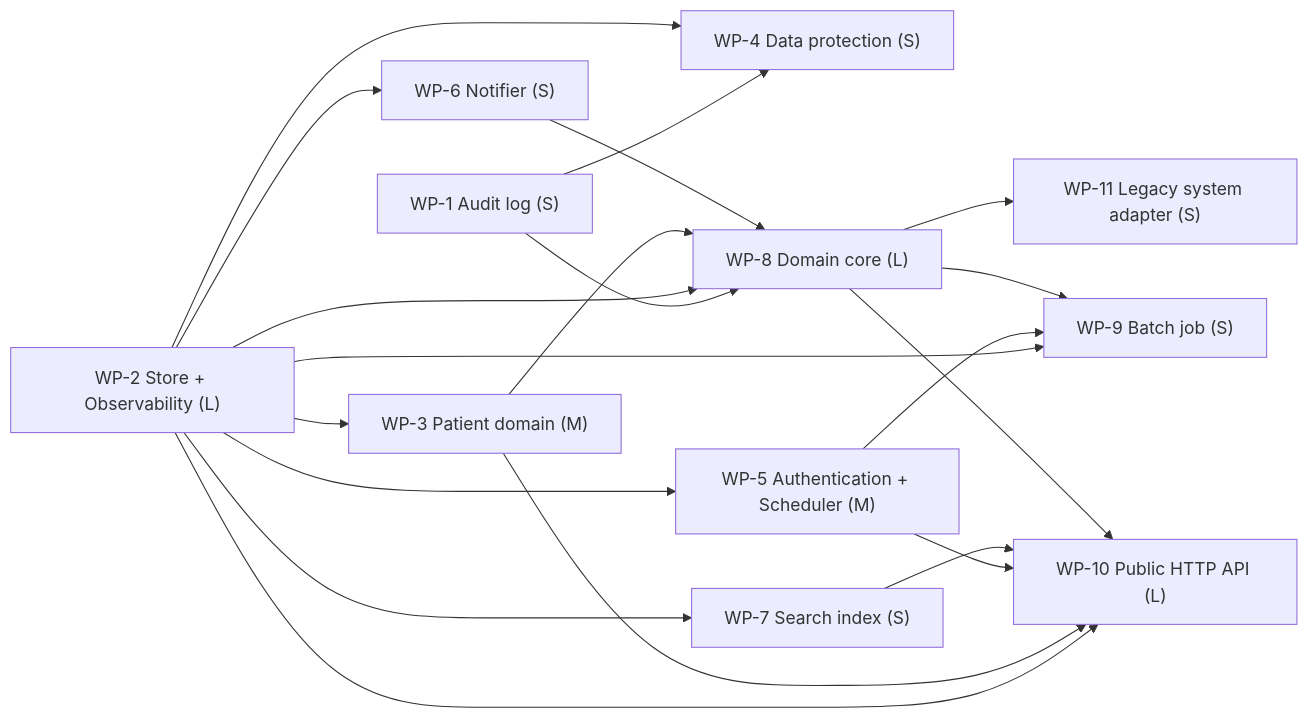
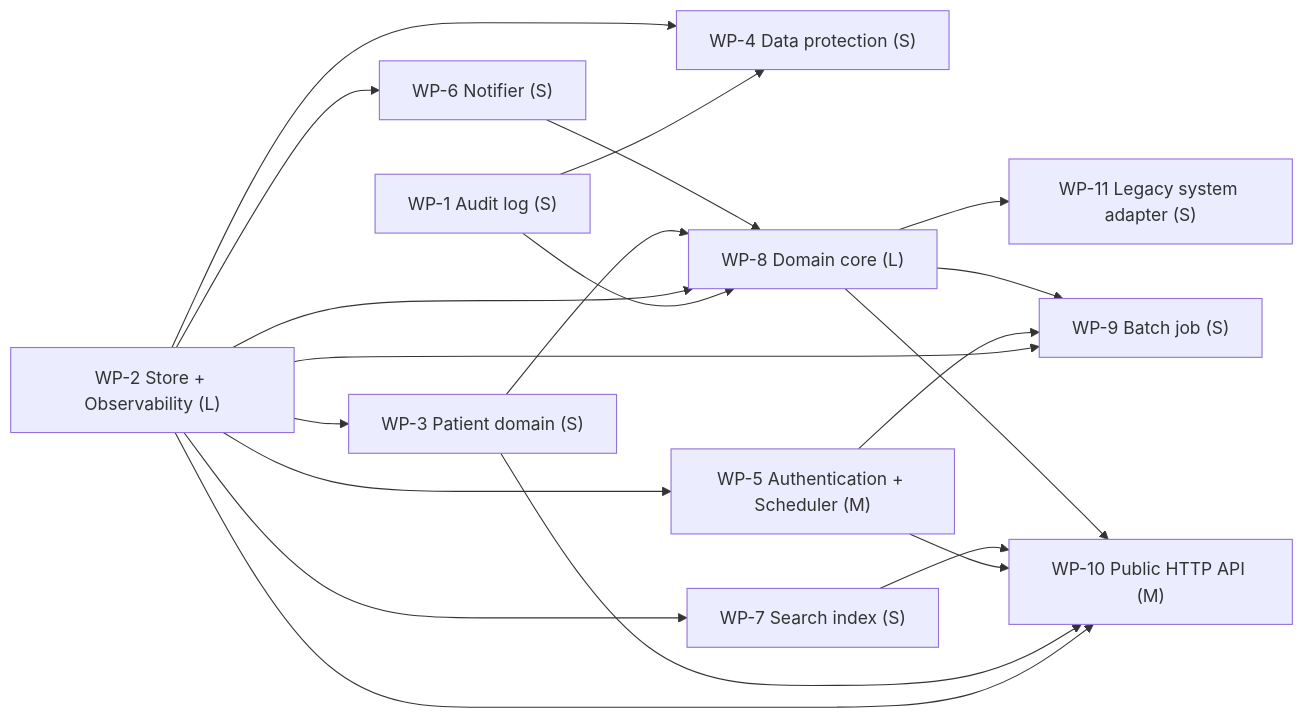
The fifth of 5 diagrams in examples/eval2/gairai.DESIGN.md (yui9696/sekkei), drawn with Mermaid before and after one commit. The commit also changed other lines of this file and 42 other files, not shown here.

````diff
--- a/examples/eval2/gairai.DESIGN.md
+++ b/examples/eval2/gairai.DESIGN.md
@@ -941,33 +960,33 @@
 ```mermaid
 graph LR
   WP_1["WP-1 Audit log (S)"]
   WP_2["WP-2 Store + Observability (L)"]
-  WP_3["WP-3 Patient domain (M)"]
+  WP_3["WP-3 Patient domain (S)"]
   WP_4["WP-4 Data protection (S)"]
   WP_5["WP-5 Authentication + Scheduler (M)"]
   WP_6["WP-6 Notifier (S)"]
   WP_7["WP-7 Search index (S)"]
   WP_8["WP-8 Domain core (L)"]
   WP_9["WP-9 Batch job (S)"]
-  WP_10["WP-10 Public HTTP API (L)"]
+  WP_10["WP-10 Public HTTP API (M)"]
   WP_11["WP-11 Legacy system adapter (S)"]
   WP_2 --> WP_3
   WP_1 --> WP_4
   WP_2 --> WP_4
   WP_2 --> WP_5
   WP_2 --> WP_6
   WP_2 --> WP_7
   WP_1 --> WP_8
   WP_2 --> WP_8
   WP_3 --> WP_8
   WP_6 --> WP_8
   WP_2 --> WP_9
   WP_5 --> WP_9
   WP_8 --> WP_9
   WP_2 --> WP_10
   WP_3 --> WP_10
   WP_5 --> WP_10
   WP_7 --> WP_10
   WP_8 --> WP_10
   WP_8 --> WP_11
 ```
````
